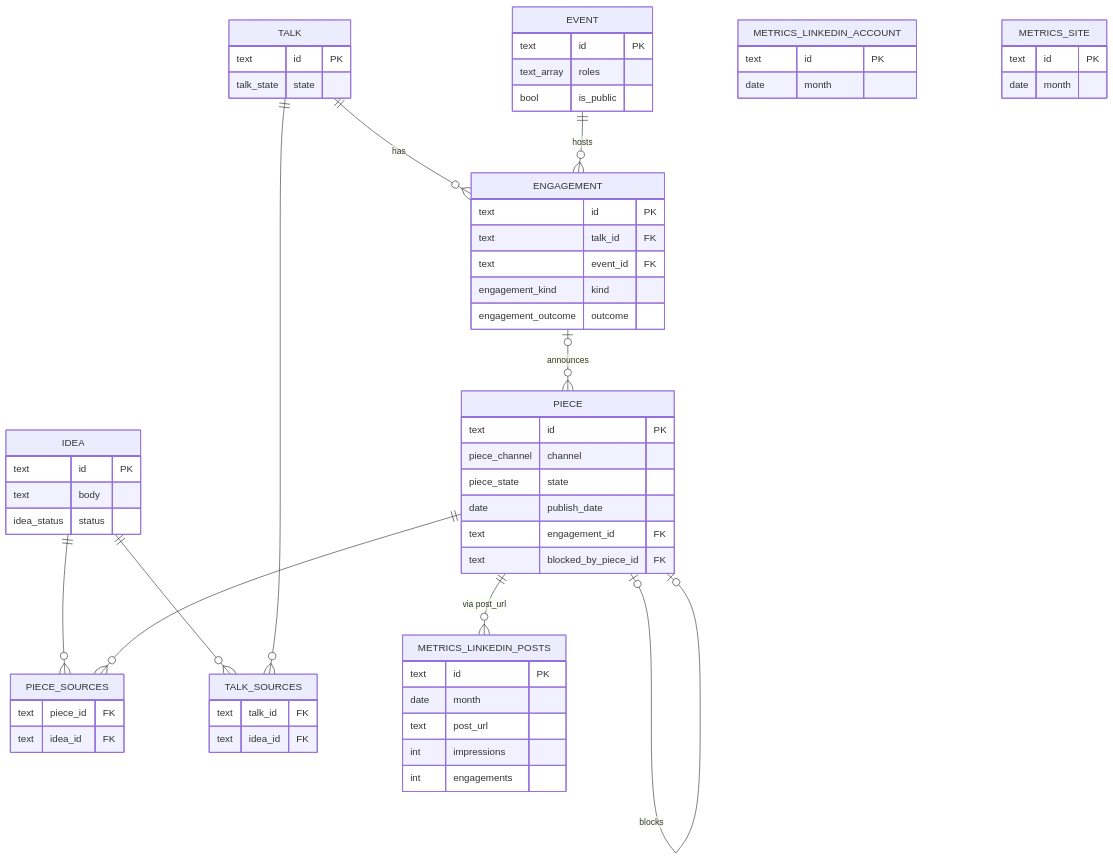
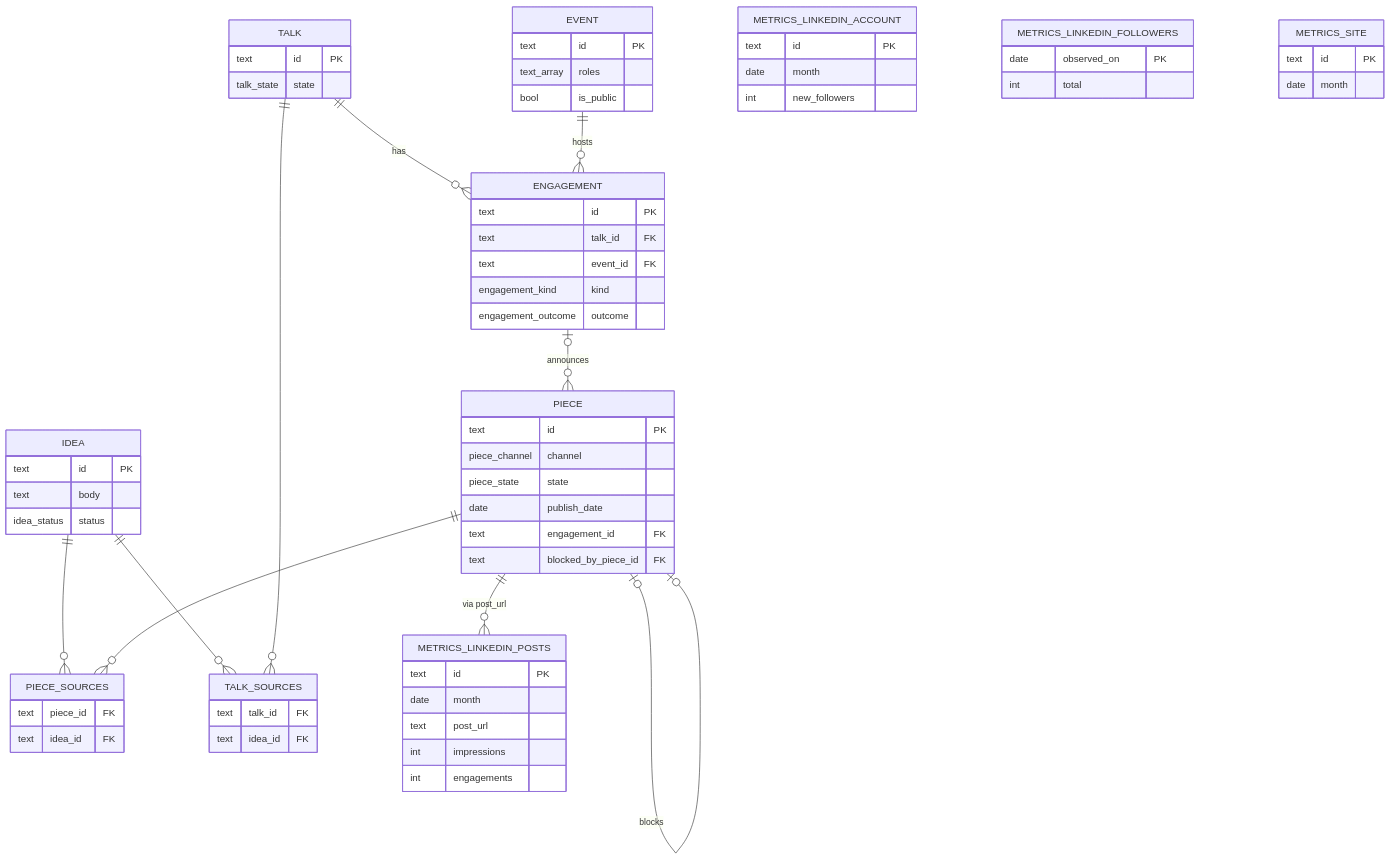
One commit to davideimola/content-os changed the diagram in docs/design/supabase-foundations.md. Above: the diagram before and after it, drawn with Mermaid. The commit also changed other lines of this file and 7 other files, not shown here.

````diff
--- a/docs/design/supabase-foundations.md
+++ b/docs/design/supabase-foundations.md
@@ -12,65 +12,70 @@
 ```mermaid
 erDiagram
   IDEA {
     text id PK
     text body
     idea_status status
   }
   PIECE {
     text id PK
     piece_channel channel
     piece_state state
     date publish_date
     text engagement_id FK
     text blocked_by_piece_id FK
   }
   TALK {
     text id PK
     talk_state state
   }
   ENGAGEMENT {
     text id PK
     text talk_id FK
     text event_id FK
     engagement_kind kind
     engagement_outcome outcome
   }
   EVENT {
     text id PK
     text_array roles
     bool is_public
   }
   PIECE_SOURCES {
     text piece_id FK
     text idea_id FK
   }
   TALK_SOURCES {
     text talk_id FK
     text idea_id FK
   }
   METRICS_LINKEDIN_POSTS {
     text id PK
     date month
     text post_url
     int impressions
     int engagements
   }
   METRICS_LINKEDIN_ACCOUNT {
     text id PK
     date month
+    int new_followers
+  }
+  METRICS_LINKEDIN_FOLLOWERS {
+    date observed_on PK
+    int total
   }
   METRICS_SITE {
     text id PK
     date month
   }
 
   IDEA  ||--o{ PIECE_SOURCES : ""
   PIECE ||--o{ PIECE_SOURCES : ""
   IDEA  ||--o{ TALK_SOURCES  : ""
   TALK  ||--o{ TALK_SOURCES  : ""
   TALK  ||--o{ ENGAGEMENT : has
   EVENT ||--o{ ENGAGEMENT : hosts
   ENGAGEMENT |o--o{ PIECE : announces
   PIECE |o--o| PIECE : blocks
   PIECE ||--o{ METRICS_LINKEDIN_POSTS : "via post_url"
 ```
````
